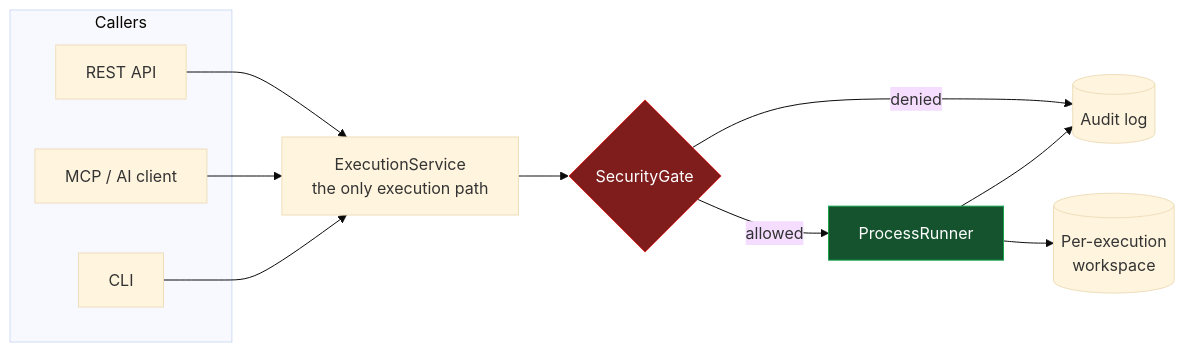
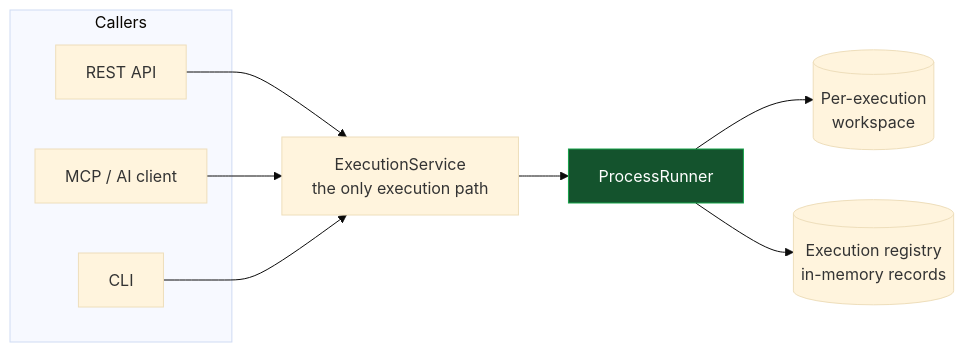
The first of 6 diagrams in docs/architecture.md (Arseno25/nexhunter), drawn with Mermaid (base theme) before and after one commit. The commit also changed other lines of this file and 56 other files, not shown here.

````diff
--- a/docs/architecture.md
+++ b/docs/architecture.md
@@ -14,25 +14,21 @@
 ```mermaid
 flowchart LR
     subgraph clients [Callers]
         REST[REST API]
         MCP[MCP / AI client]
         CLI[CLI]
     end
 
     SVC[ExecutionService<br/>the only execution path]
 
     REST --> SVC
     MCP --> SVC
     CLI --> SVC
 
-    SVC --> GATE{SecurityGate}
-    GATE -->|denied| AUDIT[(Audit log)]
-    GATE -->|allowed| RUN[ProcessRunner]
-    RUN --> AUDIT
+    SVC --> RUN[ProcessRunner]
     RUN --> WS[(Per-execution<br/>workspace)]
+    RUN --> REG[(Execution registry<br/>in-memory records)]
 
-    classDef deny fill:#7f1d1d,stroke:#dc2626,color:#fff
     classDef allow fill:#14532d,stroke:#16a34a,color:#fff
-    class GATE deny
     class RUN allow
 ```
````
